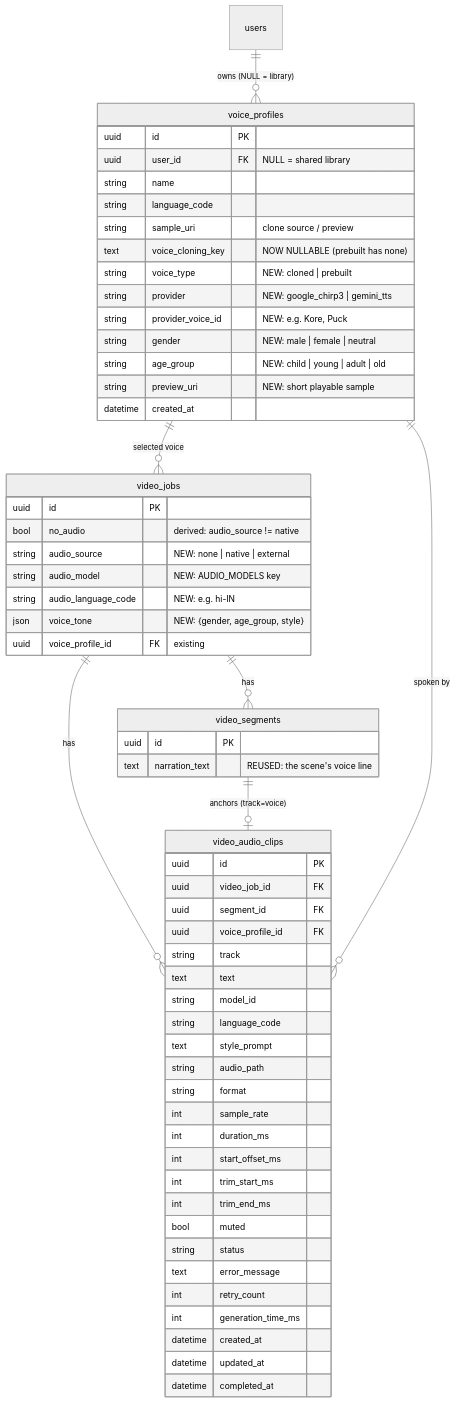
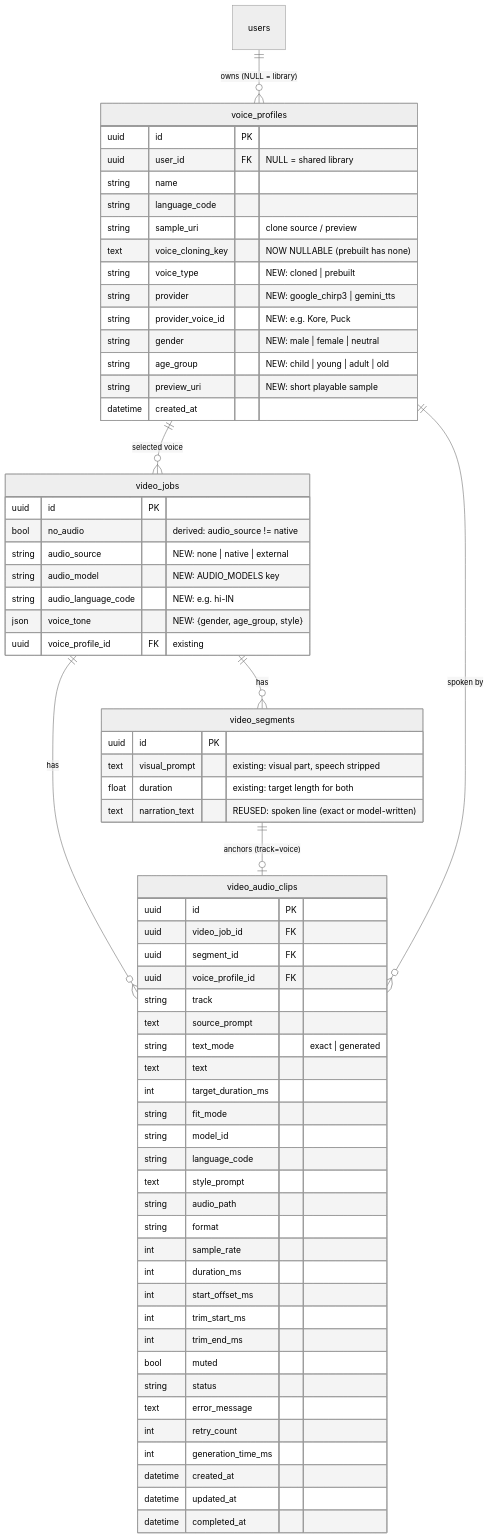
One commit to abhi-makeit/autocatalog-audio-gen changed the fourth of 4 diagrams in architecture.md. Above: the diagram before and after it, drawn with Mermaid (neutral theme). The commit also changed other lines of this file and 3 other files, not shown here.

````diff
--- a/architecture.md
+++ b/architecture.md
@@ -141,67 +152,73 @@
 ```mermaid
 erDiagram
   users ||--o{ voice_profiles : "owns (NULL = library)"
   video_jobs ||--o{ video_segments : has
   video_jobs ||--o{ video_audio_clips : has
   video_segments ||--o| video_audio_clips : "anchors (track=voice)"
   voice_profiles ||--o{ video_jobs : "selected voice"
   voice_profiles ||--o{ video_audio_clips : "spoken by"
 
   voice_profiles {
     uuid id PK
     uuid user_id FK "NULL = shared library"
     string name
     string language_code
     string sample_uri "clone source / preview"
     text voice_cloning_key "NOW NULLABLE (prebuilt has none)"
     string voice_type "NEW: cloned | prebuilt"
     string provider "NEW: google_chirp3 | gemini_tts"
     string provider_voice_id "NEW: e.g. Kore, Puck"
     string gender "NEW: male | female | neutral"
     string age_group "NEW: child | young | adult | old"
     string preview_uri "NEW: short playable sample"
     datetime created_at
   }
 
   video_jobs {
     uuid id PK
     bool no_audio "derived: audio_source != native"
     string audio_source "NEW: none | native | external"
     string audio_model "NEW: AUDIO_MODELS key"
     string audio_language_code "NEW: e.g. hi-IN"
     json voice_tone "NEW: {gender, age_group, style}"
     uuid voice_profile_id FK "existing"
   }
 
   video_segments {
     uuid id PK
-    text narration_text "REUSED: the scene's voice line"
+    text visual_prompt "existing: visual part, speech stripped"
+    float duration "existing: target length for both"
+    text narration_text "REUSED: spoken line (exact or model-written)"
   }
 
   video_audio_clips {
     uuid id PK
     uuid video_job_id FK
     uuid segment_id FK
     uuid voice_profile_id FK
     string track
+    text source_prompt
+    string text_mode "exact | generated"
     text text
+    int target_duration_ms
+    string fit_mode
     string model_id
     string language_code
     text style_prompt
     string audio_path
     string format
     int sample_rate
     int duration_ms
     int start_offset_ms
     int trim_start_ms
     int trim_end_ms
     bool muted
     string status
     text error_message
     int retry_count
     int generation_time_ms
     datetime created_at
     datetime updated_at
     datetime completed_at
   }
 ```
````
